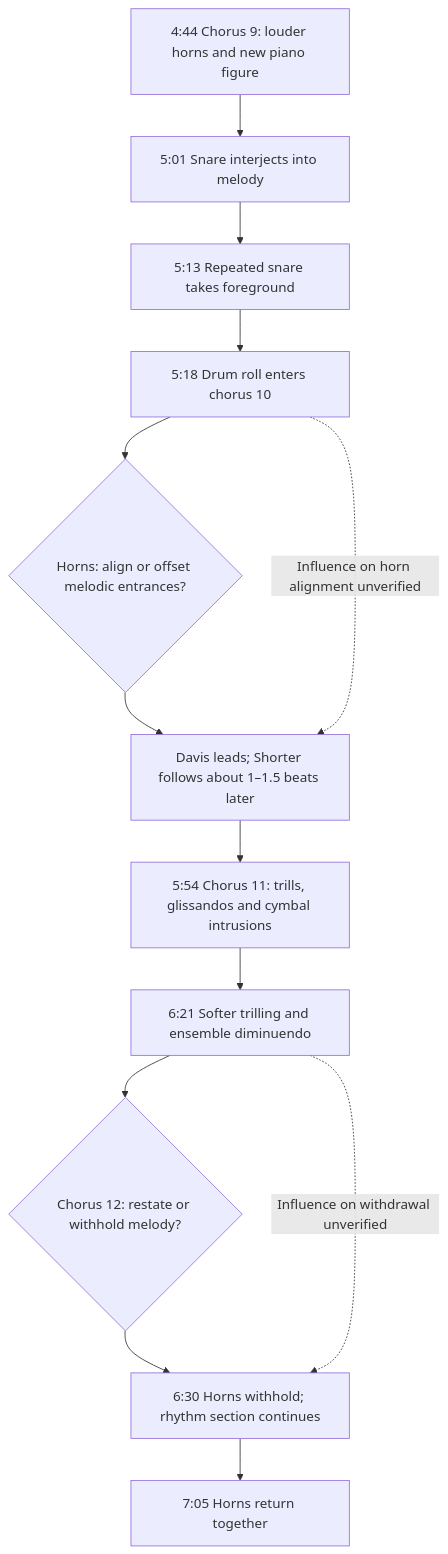
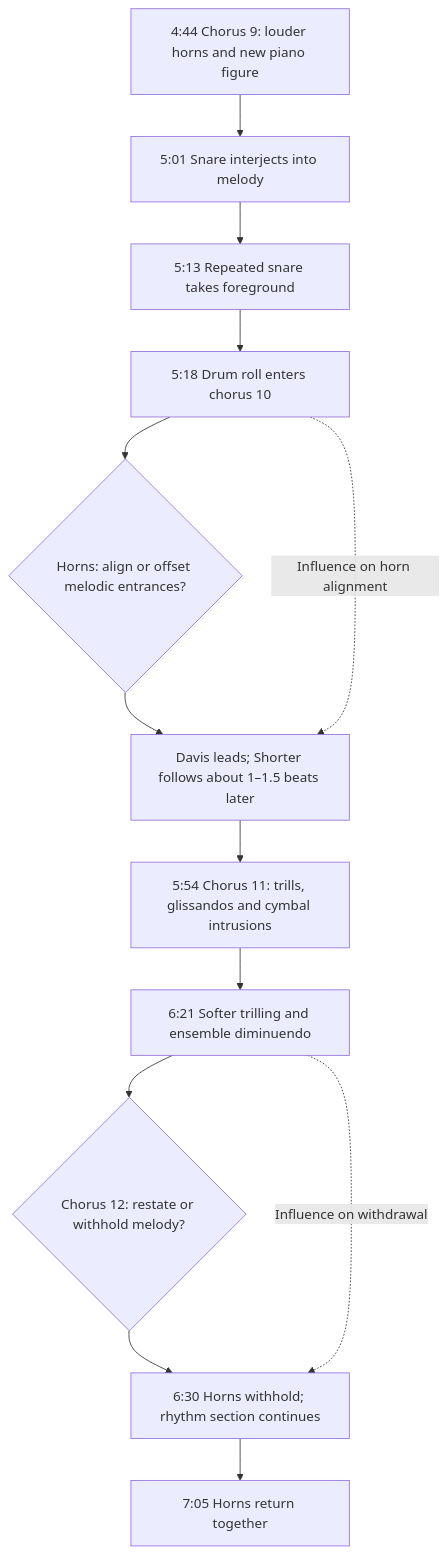
The diagram in mermaid/03-late.md (einbahnstrasse/nefertiti-analysis), drawn with Mermaid before and after one commit. The commit also changed other lines of this file and 21 other files, not shown here.

````diff
--- a/mermaid/03-late.md
+++ b/mermaid/03-late.md
@@ -9,15 +9,15 @@
 ```mermaid
 flowchart TD
  A["4:44 Chorus 9: louder horns and new piano figure"] --> B["5:01 Snare interjects into melody"]
  B --> C["5:13 Repeated snare takes foreground"]
  C --> D["5:18 Drum roll enters chorus 10"]
  D --> E{"Horns: align or offset melodic entrances?"}
  E --> F["Davis leads; Shorter follows about 1–1.5 beats later"]
  F --> G["5:54 Chorus 11: trills, glissandos and cymbal intrusions"]
  G --> H["6:21 Softer trilling and ensemble diminuendo"]
  H --> I{"Chorus 12: restate or withhold melody?"}
  I --> J["6:30 Horns withhold; rhythm section continues"]
  J --> K["7:05 Horns return together"]
- D -. "Influence on horn alignment unverified" .-> F
- H -. "Influence on withdrawal unverified" .-> J
+ D -. "Influence on horn alignment" .-> F
+ H -. "Influence on withdrawal" .-> J
 ```
````
